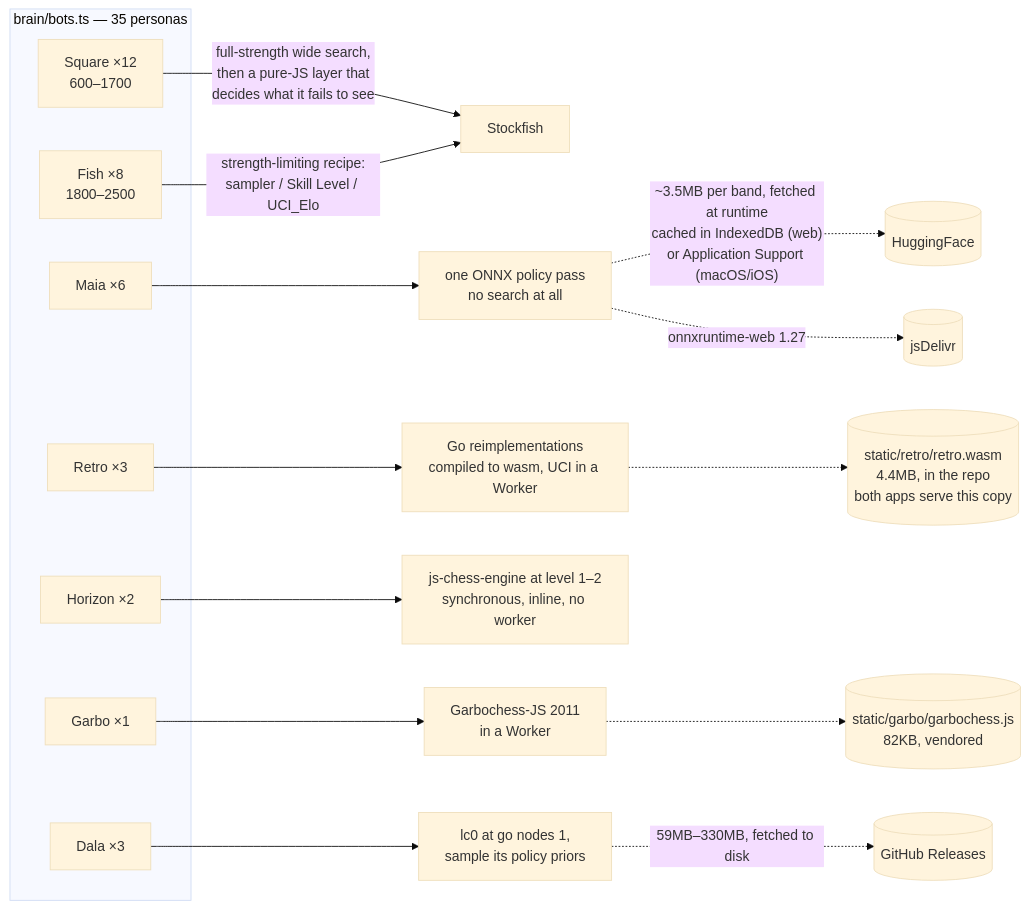
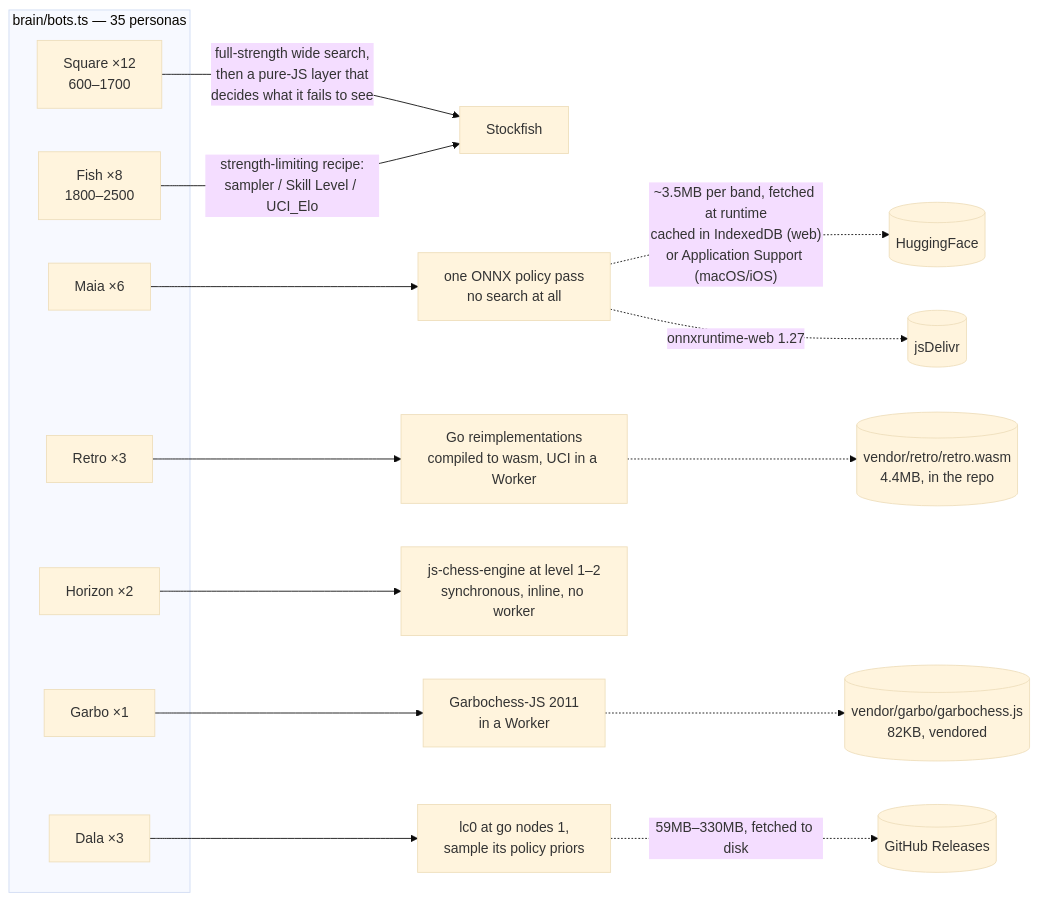
One commit to quadrismegistus/botvinnik changed the third of 5 diagrams in ARCHITECTURE.md. Above: the diagram before and after it, drawn with Mermaid (base theme). The commit also changed other lines of this file and 139 other files, not shown here.

````diff
--- a/ARCHITECTURE.md
+++ b/ARCHITECTURE.md
@@ -84,26 +88,26 @@
 ```mermaid
 flowchart LR
     subgraph FAM["brain/bots.ts — 35 personas"]
         SQ["Square ×12<br/>600–1700"]
         FI["Fish ×8<br/>1800–2500"]
         MA["Maia ×6"]
         RE["Retro ×3"]
         HO["Horizon ×2"]
         GA["Garbo ×1"]
         DA["Dala ×3"]
     end
 
     SQ -->|"full-strength wide search,<br/>then a pure-JS layer that<br/>decides what it fails to see"| SF["Stockfish"]
     FI -->|"strength-limiting recipe:<br/>sampler / Skill Level / UCI_Elo"| SF
     MA --> ONNX["one ONNX policy pass<br/>no search at all"]
     RE --> GOW["Go reimplementations<br/>compiled to wasm, UCI in a Worker"]
     HO --> JSCE["js-chess-engine at level 1–2<br/>synchronous, inline, no worker"]
     GA --> GARBO["Garbochess-JS 2011<br/>in a Worker"]
     DA --> LC0["lc0 at go nodes 1,<br/>sample its policy priors"]
 
     ONNX -.->|"~3.5MB per band, fetched at runtime<br/>cached in IndexedDB (web)<br/>or Application Support (macOS/iOS)"| HF[("HuggingFace")]
     ONNX -.->|"onnxruntime-web 1.27"| CDN[("jsDelivr")]
-    GOW -.-> RW[("static/retro/retro.wasm<br/>4.4MB, in the repo<br/>both apps serve this copy")]
-    GARBO -.-> GB[("static/garbo/garbochess.js<br/>82KB, vendored")]
+    GOW -.-> RW[("vendor/retro/retro.wasm<br/>4.4MB, in the repo")]
+    GARBO -.-> GB[("vendor/garbo/garbochess.js<br/>82KB, vendored")]
     LC0 -.->|"59MB–330MB, fetched to disk"| GH[("GitHub Releases")]
 ```
````
